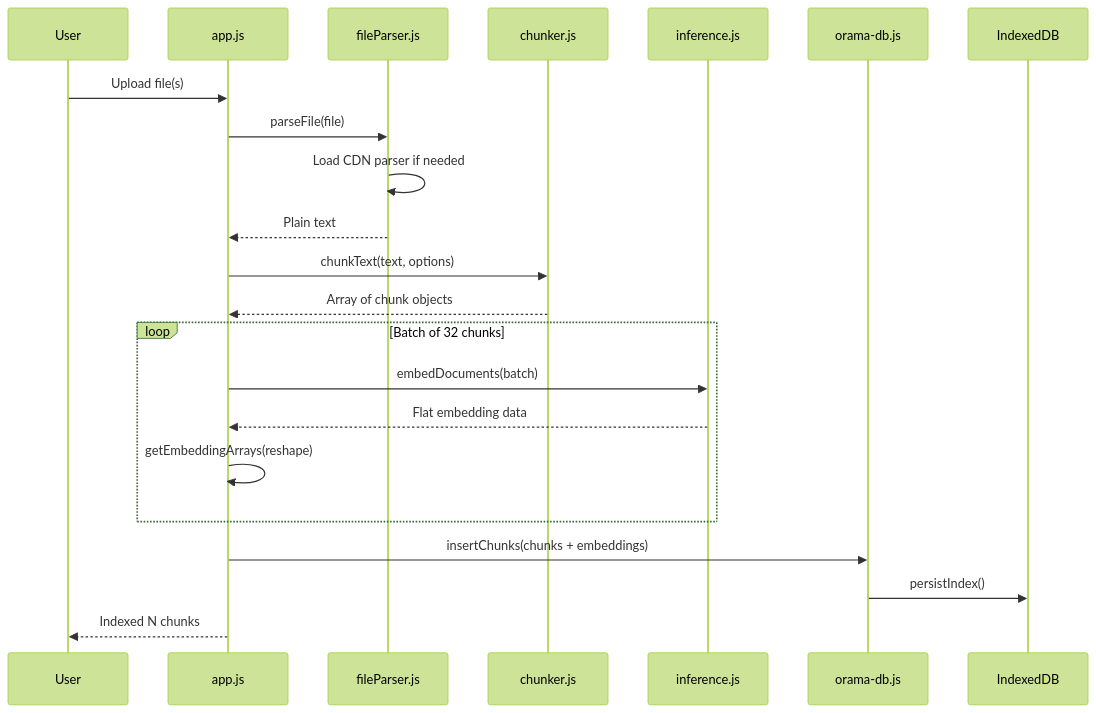
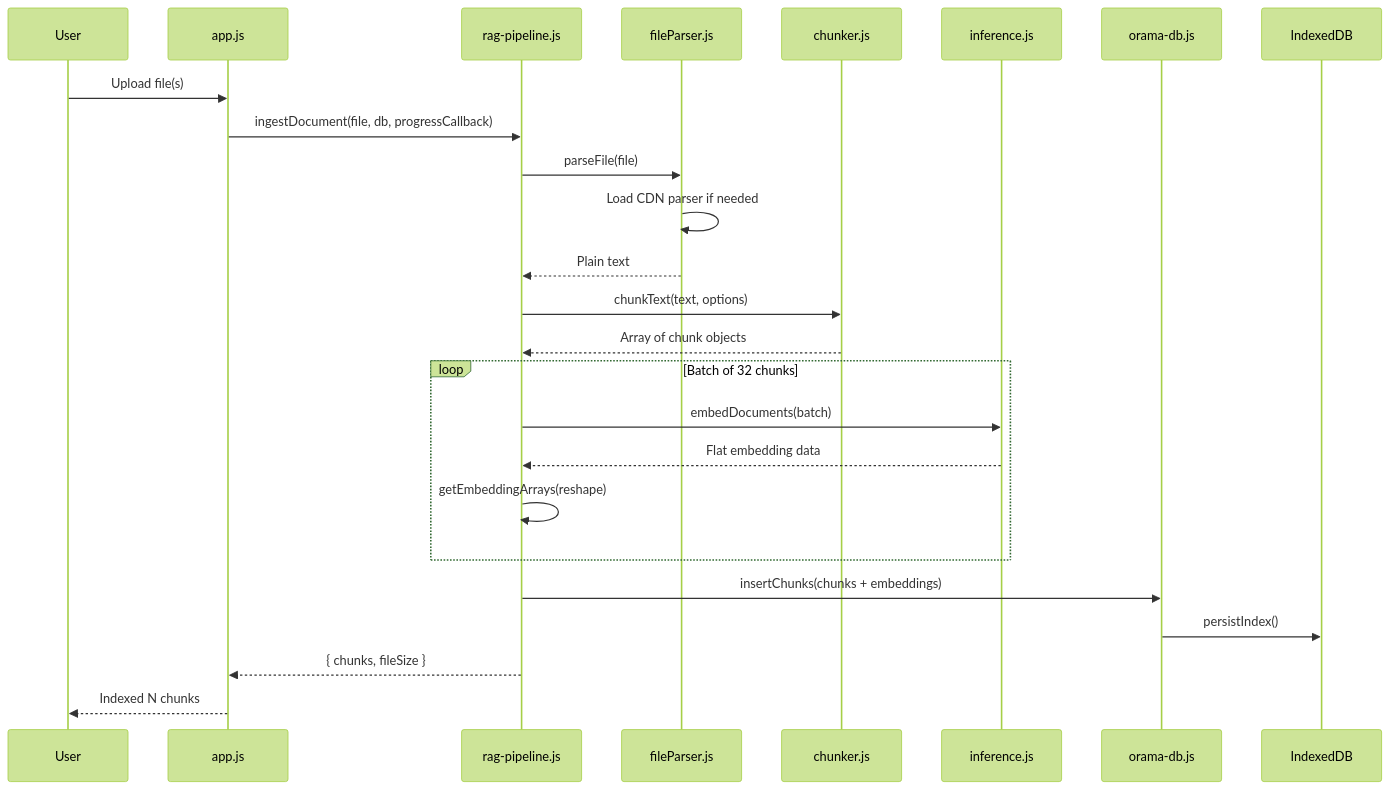
The second of 6 diagrams in docs/DEVELOPER.md (RobertLicht/rag-browser), drawn with Mermaid (forest theme) before and after one commit. The commit also changed other lines of this file and 1 other file, not shown here.

````diff
--- a/docs/DEVELOPER.md
+++ b/docs/DEVELOPER.md
@@ -593,25 +646,28 @@
 ```mermaid
 sequenceDiagram
     participant User
     participant app as app.js
+    participant rag as rag-pipeline.js
     participant fp as fileParser.js
     participant chunk as chunker.js
     participant inf as inference.js
     participant db as orama-db.js
     participant idb as IndexedDB
 
     User->>app: Upload file(s)
-    app->>fp: parseFile(file)
+    app->>rag: ingestDocument(file, db, progressCallback)
+    rag->>fp: parseFile(file)
     fp->>fp: Load CDN parser if needed
-    fp-->>app: Plain text
-    app->>chunk: chunkText(text, options)
-    chunk-->>app: Array of chunk objects
+    fp-->>rag: Plain text
+    rag->>chunk: chunkText(text, options)
+    chunk-->>rag: Array of chunk objects
     loop Batch of 32 chunks
-        app->>inf: embedDocuments(batch)
-        inf-->>app: Flat embedding data
-        app->>app: getEmbeddingArrays(reshape)
+        rag->>inf: embedDocuments(batch)
+        inf-->>rag: Flat embedding data
+        rag->>rag: getEmbeddingArrays(reshape)
     end
-    app->>db: insertChunks(chunks + embeddings)
+    rag->>db: insertChunks(chunks + embeddings)
     db->>idb: persistIndex()
+    rag-->>app: { chunks, fileSize }
     app-->>User: Indexed N chunks
 ```
````
